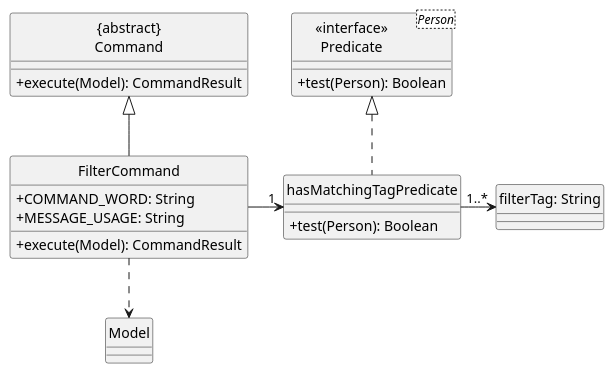
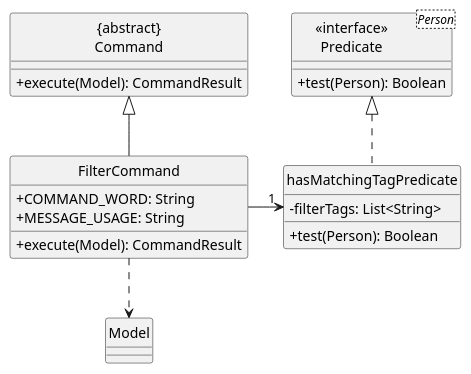
One commit to ziiqii/tp changed the diagram in docs/diagrams/FilterCommandClass.puml. Above: the diagram before and after it, drawn with PlantUML.

Commit message:
Update class diagram for FilterCommand

```diff
--- a/docs/diagrams/FilterCommandClass.puml
+++ b/docs/diagrams/FilterCommandClass.puml
@@ -1,28 +1,27 @@
 @startuml
 hide circle
 skinparam classAttributeIconSize 0
 
 Class "{abstract}\nCommand" as Command {
   +execute(Model): CommandResult
 }
 Class FilterCommand {
   +COMMAND_WORD: String
   +MESSAGE_USAGE: String
   +execute(Model): CommandResult
 }
 Class hasMatchingTagPredicate {
+  -filterTags: List<String>
   +test(Person): Boolean
 }
 Class "<<interface>>\nPredicate<Person>" as Predicate {
   +test(Person): Boolean
 }
-Class "filterTag: String" as String
 Class Model
 
 FilterCommand -up-|> Command
 FilterCommand -> "1" hasMatchingTagPredicate
 FilterCommand .down.> Model
 hasMatchingTagPredicate .up.|> Predicate
-hasMatchingTagPredicate -> "1..*" String
 
 @enduml
```
